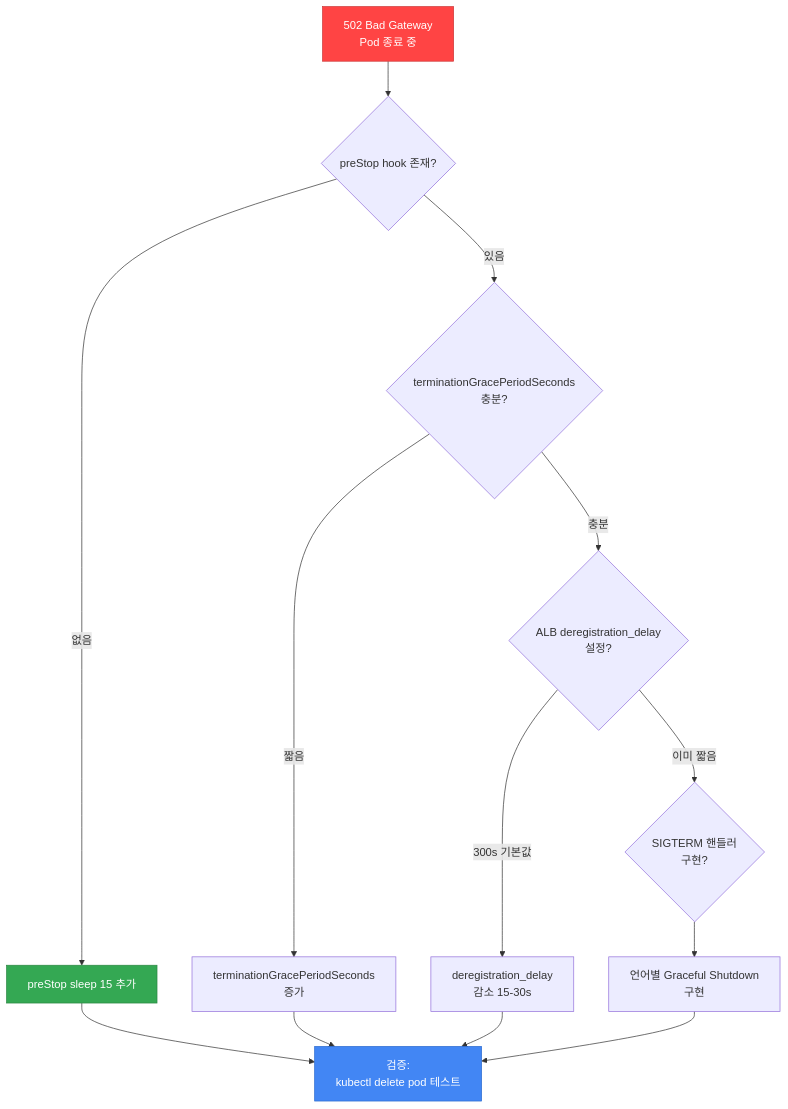
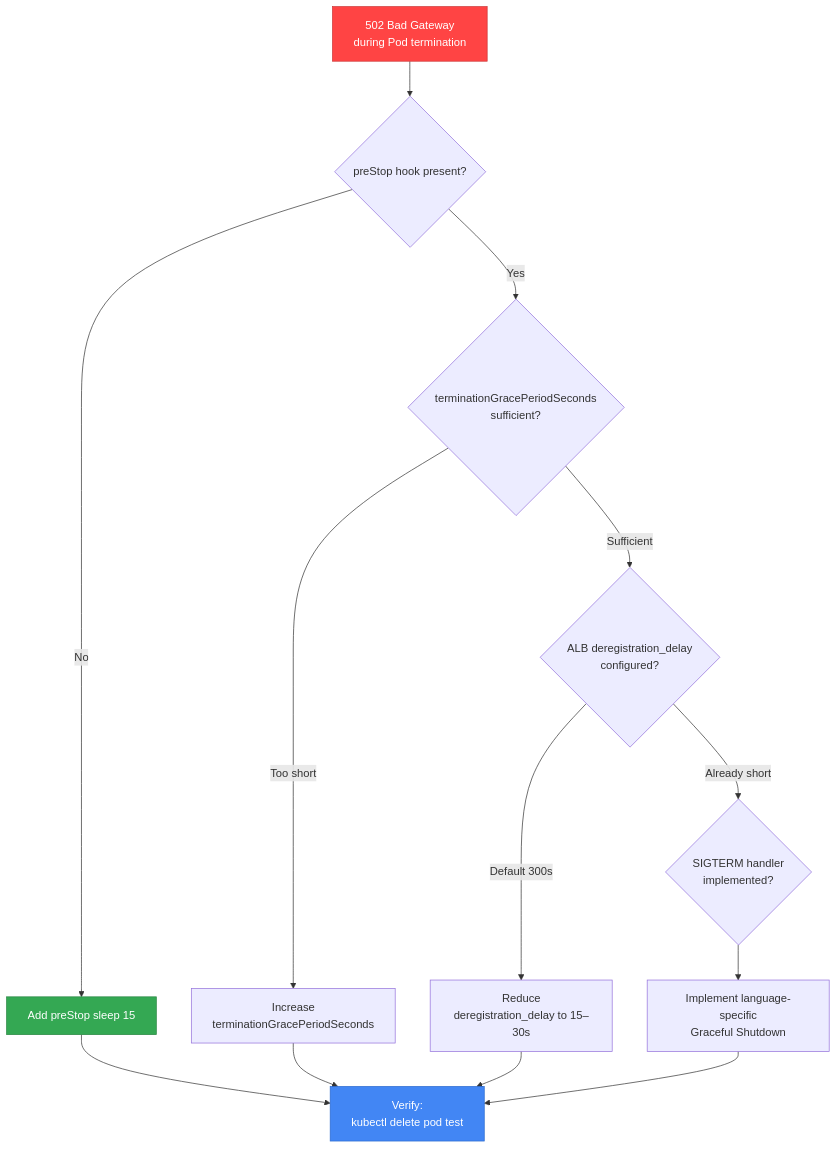
Before and after one commit to devfloor9/engineering-playbook: the second of 3 diagrams in docs/eks-best-practices/operations-reliability/eks-debugging/health-check-mismatch.md, drawn with Mermaid. The commit also changed other lines of this file and 954 other files, not shown here.

````diff
--- a/docs/eks-best-practices/operations-reliability/eks-debugging/health-check-mismatch.md
+++ b/docs/eks-best-practices/operations-reliability/eks-debugging/health-check-mismatch.md
@@ -253,23 +253,23 @@
 ```mermaid
 flowchart TD
-    START[502 Bad Gateway<br/>Pod 종료 중] --> CHECK_TIMING{preStop hook 존재?}
+    START[502 Bad Gateway<br/>during Pod termination] --> CHECK_TIMING{preStop hook present?}
 
-    CHECK_TIMING -->|없음| ADD_PRESTOP[preStop sleep 15 추가]
-    CHECK_TIMING -->|있음| CHECK_GRACE{terminationGracePeriodSeconds<br/>충분?}
+    CHECK_TIMING -->|No| ADD_PRESTOP[Add preStop sleep 15]
+    CHECK_TIMING -->|Yes| CHECK_GRACE{terminationGracePeriodSeconds<br/>sufficient?}
 
-    CHECK_GRACE -->|짧음| INCREASE_GRACE[terminationGracePeriodSeconds<br/>증가]
-    CHECK_GRACE -->|충분| CHECK_DEREG{ALB deregistration_delay<br/>설정?}
+    CHECK_GRACE -->|Too short| INCREASE_GRACE[Increase<br/>terminationGracePeriodSeconds]
+    CHECK_GRACE -->|Sufficient| CHECK_DEREG{ALB deregistration_delay<br/>configured?}
 
-    CHECK_DEREG -->|300s 기본값| DECREASE_DEREG[deregistration_delay<br/>감소 15-30s]
-    CHECK_DEREG -->|이미 짧음| CHECK_SIGTERM{SIGTERM 핸들러<br/>구현?}
+    CHECK_DEREG -->|Default 300s| DECREASE_DEREG[Reduce<br/>deregistration_delay to 15–30s]
+    CHECK_DEREG -->|Already short| CHECK_SIGTERM{SIGTERM handler<br/>implemented?}
 
-    ADD_PRESTOP --> VERIFY[검증:<br/>kubectl delete pod 테스트]
+    ADD_PRESTOP --> VERIFY[Verify:<br/>kubectl delete pod test]
     INCREASE_GRACE --> VERIFY
     DECREASE_DEREG --> VERIFY
-    CHECK_SIGTERM --> IMPLEMENT_SIGTERM[언어별 Graceful Shutdown<br/>구현]
+    CHECK_SIGTERM --> IMPLEMENT_SIGTERM[Implement language-specific<br/>Graceful Shutdown]
     IMPLEMENT_SIGTERM --> VERIFY
 
     style START fill:#ff4444,stroke:#cc3636,color:#fff
     style ADD_PRESTOP fill:#34a853,stroke:#2a8642,color:#fff
     style VERIFY fill:#4286f4,stroke:#2a6acf,color:#fff
 ```
````
